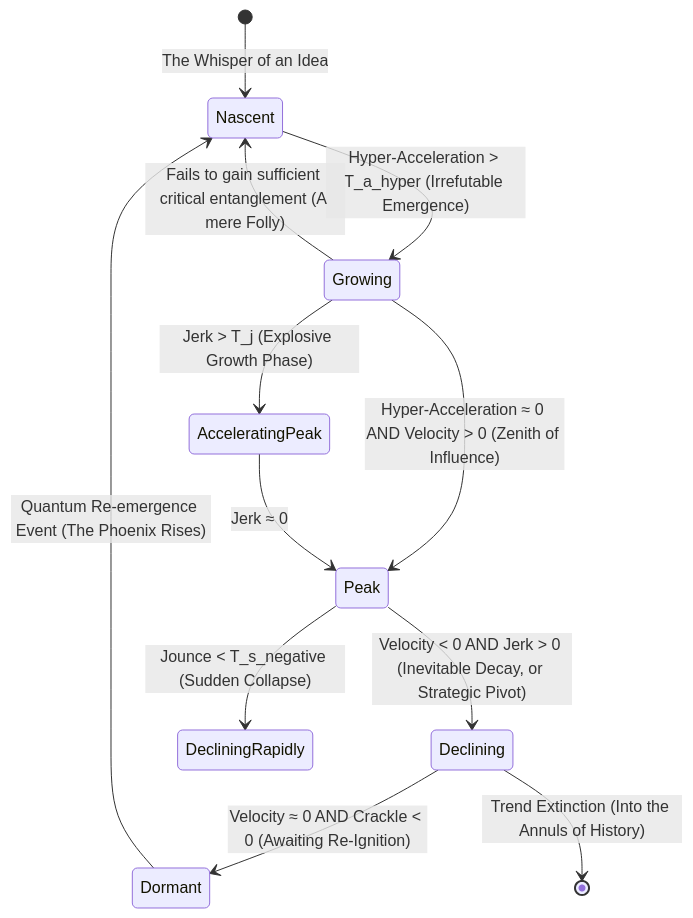
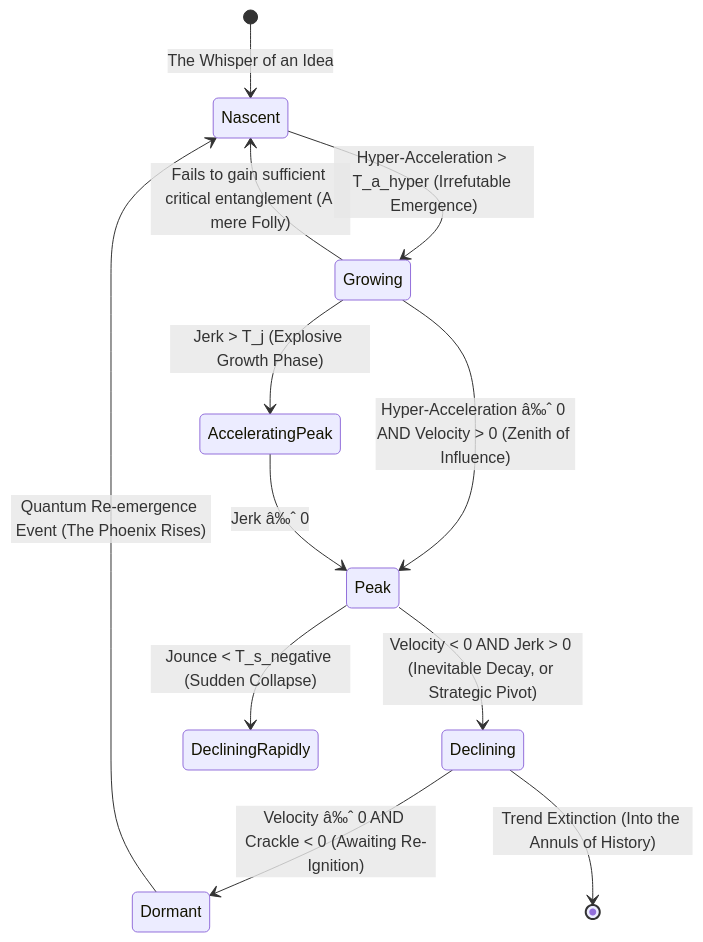
One commit to diplomat-bit/Citibank_Demo_Business_Inc_Demonstration- changed the ninth of 10 diagrams in inventions/105_predictive_social_trend_analysis.md. Above: the diagram before and after it, drawn with Mermaid. The commit also changed other lines of this file, not shown here.

````diff
--- a/inventions/105_predictive_social_trend_analysis.md
+++ b/inventions/105_predictive_social_trend_analysis.md
@@ -326,14 +326,14 @@
 ```mermaid
 stateDiagram-v2
     [*] --> Nascent: The Whisper of an Idea
     Nascent --> Growing: Hyper-Acceleration > T_a_hyper (Irrefutable Emergence)
-    Growing --> Peak: Hyper-Acceleration ≈ 0 AND Velocity > 0 (Zenith of Influence)
+    Growing --> Peak: Hyper-Acceleration â‰ˆ 0 AND Velocity > 0 (Zenith of Influence)
     Peak --> Declining: Velocity < 0 AND Jerk > 0 (Inevitable Decay, or Strategic Pivot)
-    Declining --> Dormant: Velocity ≈ 0 AND Crackle < 0 (Awaiting Re-Ignition)
+    Declining --> Dormant: Velocity â‰ˆ 0 AND Crackle < 0 (Awaiting Re-Ignition)
     Dormant --> Nascent: Quantum Re-emergence Event (The Phoenix Rises)
     Growing --> Nascent: Fails to gain sufficient critical entanglement (A mere Folly)
     Declining --> [*]: Trend Extinction (Into the Annuls of History)
     Growing --> AcceleratingPeak: Jerk > T_j (Explosive Growth Phase)
-    AcceleratingPeak --> Peak: Jerk ≈ 0
+    AcceleratingPeak --> Peak: Jerk â‰ˆ 0
     Peak --> DecliningRapidly: Jounce < T_s_negative (Sudden Collapse)
 ```
````
